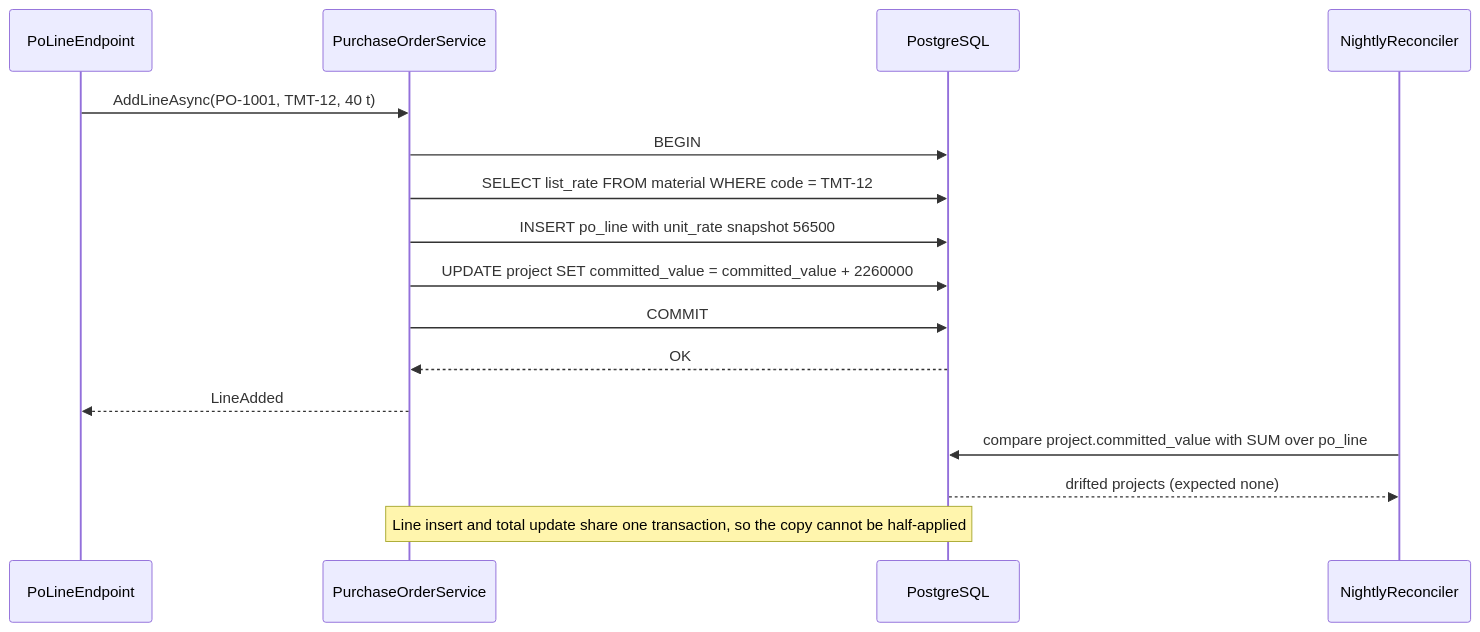
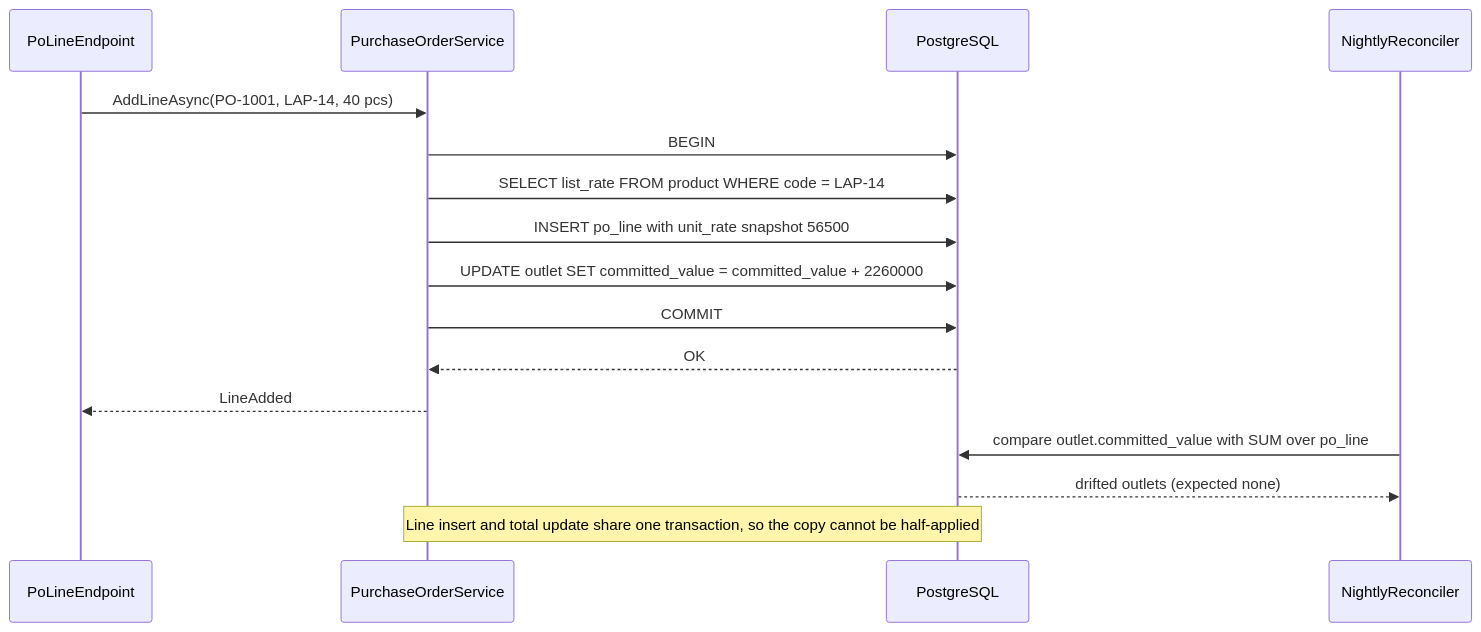
One commit to rizwi0786/system-design-lab changed the third of 3 diagrams in content/lessons/m09/m09-normalization.md. Above: the diagram before and after it, drawn with Mermaid. The commit also changed other lines of this file and 334 other files, not shown here.

````diff
--- a/content/lessons/m09/m09-normalization.md
+++ b/content/lessons/m09/m09-normalization.md
@@ -195,18 +195,18 @@
 ```mermaid
 sequenceDiagram
     participant API as PoLineEndpoint
     participant S as PurchaseOrderService
     participant DB as PostgreSQL
     participant R as NightlyReconciler
-    API->>S: AddLineAsync(PO-1001, TMT-12, 40 t)
+    API->>S: AddLineAsync(PO-1001, LAP-14, 40 pcs)
     S->>DB: BEGIN
-    S->>DB: SELECT list_rate FROM material WHERE code = TMT-12
+    S->>DB: SELECT list_rate FROM product WHERE code = LAP-14
     S->>DB: INSERT po_line with unit_rate snapshot 56500
-    S->>DB: UPDATE project SET committed_value = committed_value + 2260000
+    S->>DB: UPDATE outlet SET committed_value = committed_value + 2260000
     S->>DB: COMMIT
     DB-->>S: OK
     S-->>API: LineAdded
-    R->>DB: compare project.committed_value with SUM over po_line
-    DB-->>R: drifted projects (expected none)
+    R->>DB: compare outlet.committed_value with SUM over po_line
+    DB-->>R: drifted outlets (expected none)
     Note over S,DB: Line insert and total update share one transaction, so the copy cannot be half-applied
 ```
````
